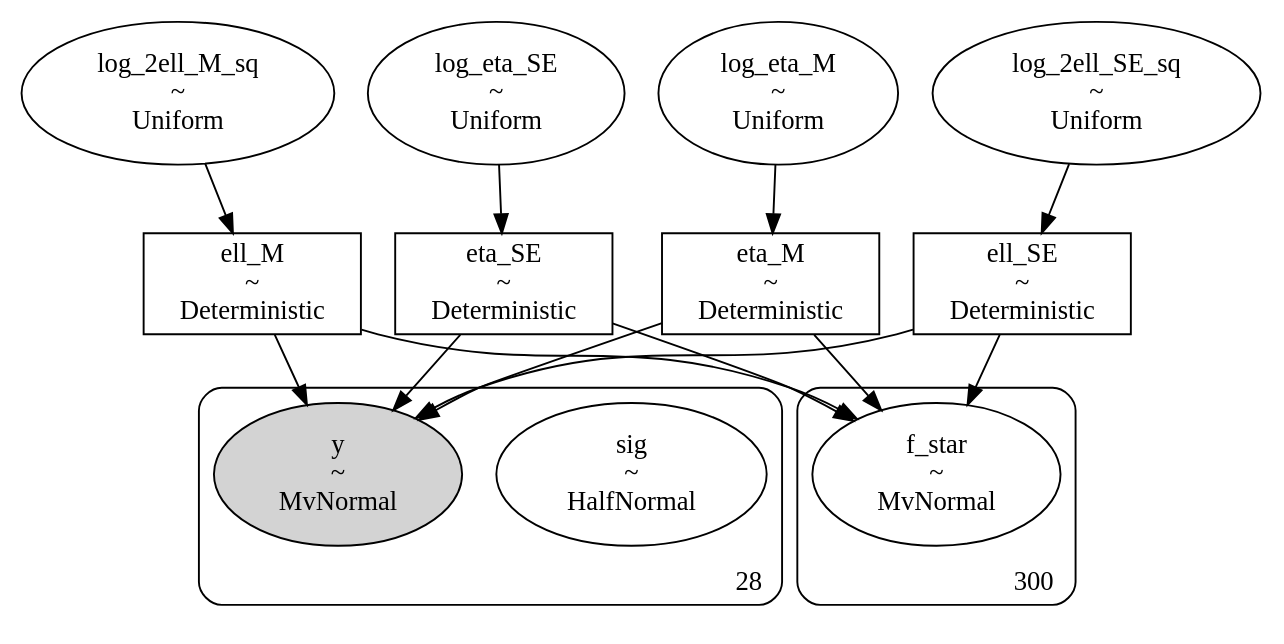
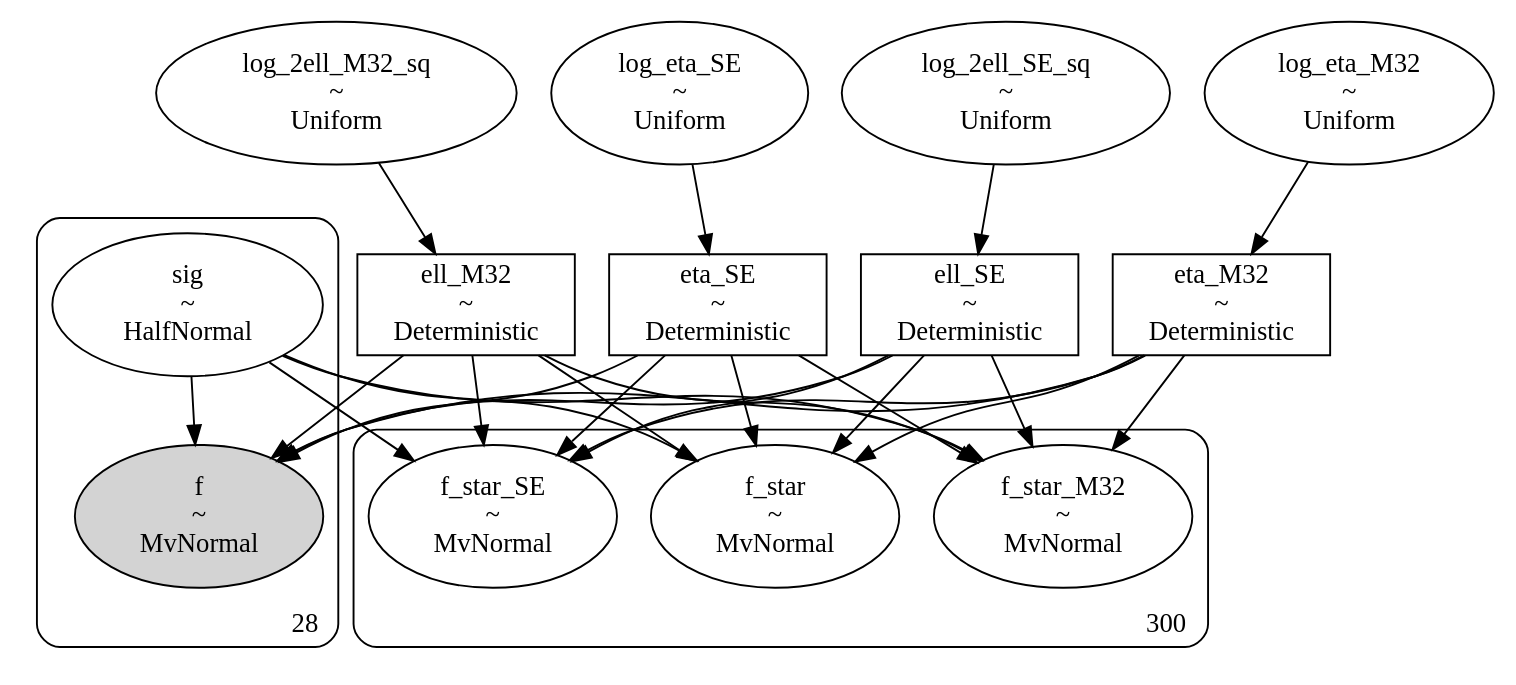
One commit to shihchingfu/gp-sandbox-thunderkat changed the diagram in dags/80_ra271.352_dec-29.642_MAXIJ1803TraPDB_andersson_gpSE_gpM32_dag.dot. Above: the diagram before and after it, drawn with Graphviz. The commit also changed 12 other files, not shown here.

```diff
--- a/dags/80_ra271.352_dec-29.642_MAXIJ1803TraPDB_andersson_gpSE_gpM32_dag.dot
+++ b/dags/80_ra271.352_dec-29.642_MAXIJ1803TraPDB_andersson_gpSE_gpM32_dag.dot
@@ -1,53 +1,71 @@
 digraph {
-	ell_M [label="ell_M
+	ell_SE [label="ell_SE
 ~
 Deterministic" shape=box]
-	eta_SE [label="eta_SE
-~
-Deterministic" shape=box]
-	eta_M [label="eta_M
-~
-Deterministic" shape=box]
-	log_2ell_M_sq [label="log_2ell_M_sq
-~
-Uniform" shape=ellipse]
-	ell_SE [label="ell_SE
+	eta_M32 [label="eta_M32
 ~
 Deterministic" shape=box]
 	log_2ell_SE_sq [label="log_2ell_SE_sq
 ~
 Uniform" shape=ellipse]
+	log_2ell_M32_sq [label="log_2ell_M32_sq
+~
+Uniform" shape=ellipse]
 	log_eta_SE [label="log_eta_SE
 ~
 Uniform" shape=ellipse]
-	log_eta_M [label="log_eta_M
+	ell_M32 [label="ell_M32
+~
+Deterministic" shape=box]
+	log_eta_M32 [label="log_eta_M32
 ~
 Uniform" shape=ellipse]
+	eta_SE [label="eta_SE
+~
+Deterministic" shape=box]
 	subgraph cluster28 {
 		sig [label="sig
 ~
 HalfNormal" shape=ellipse]
-		y [label="y
+		f [label="f
 ~
 MvNormal" shape=ellipse style=filled]
 		label=28 labeljust=r labelloc=b style=rounded
 	}
 	subgraph cluster300 {
 		f_star [label="f_star
 ~
 MvNormal" shape=ellipse]
+		f_star_SE [label="f_star_SE
+~
+MvNormal" shape=ellipse]
+		f_star_M32 [label="f_star_M32
+~
+MvNormal" shape=ellipse]
 		label=300 labeljust=r labelloc=b style=rounded
 	}
 	log_2ell_SE_sq -> ell_SE
-	log_2ell_M_sq -> ell_M
 	log_eta_SE -> eta_SE
-	log_eta_M -> eta_M
-	ell_M -> y
-	eta_SE -> y
-	ell_SE -> y
-	eta_M -> y
-	ell_M -> f_star
+	log_2ell_M32_sq -> ell_M32
+	log_eta_M32 -> eta_M32
+	ell_SE -> f
+	ell_M32 -> f
+	eta_M32 -> f
+	sig -> f
+	eta_SE -> f
+	ell_SE -> f_star_SE
+	ell_M32 -> f_star_SE
+	eta_M32 -> f_star_SE
+	sig -> f_star_SE
+	eta_SE -> f_star_SE
+	ell_SE -> f_star_M32
+	ell_M32 -> f_star_M32
+	eta_M32 -> f_star_M32
+	sig -> f_star_M32
+	eta_SE -> f_star_M32
+	ell_SE -> f_star
+	ell_M32 -> f_star
+	eta_M32 -> f_star
+	sig -> f_star
 	eta_SE -> f_star
-	ell_SE -> f_star
-	eta_M -> f_star
 }
```
